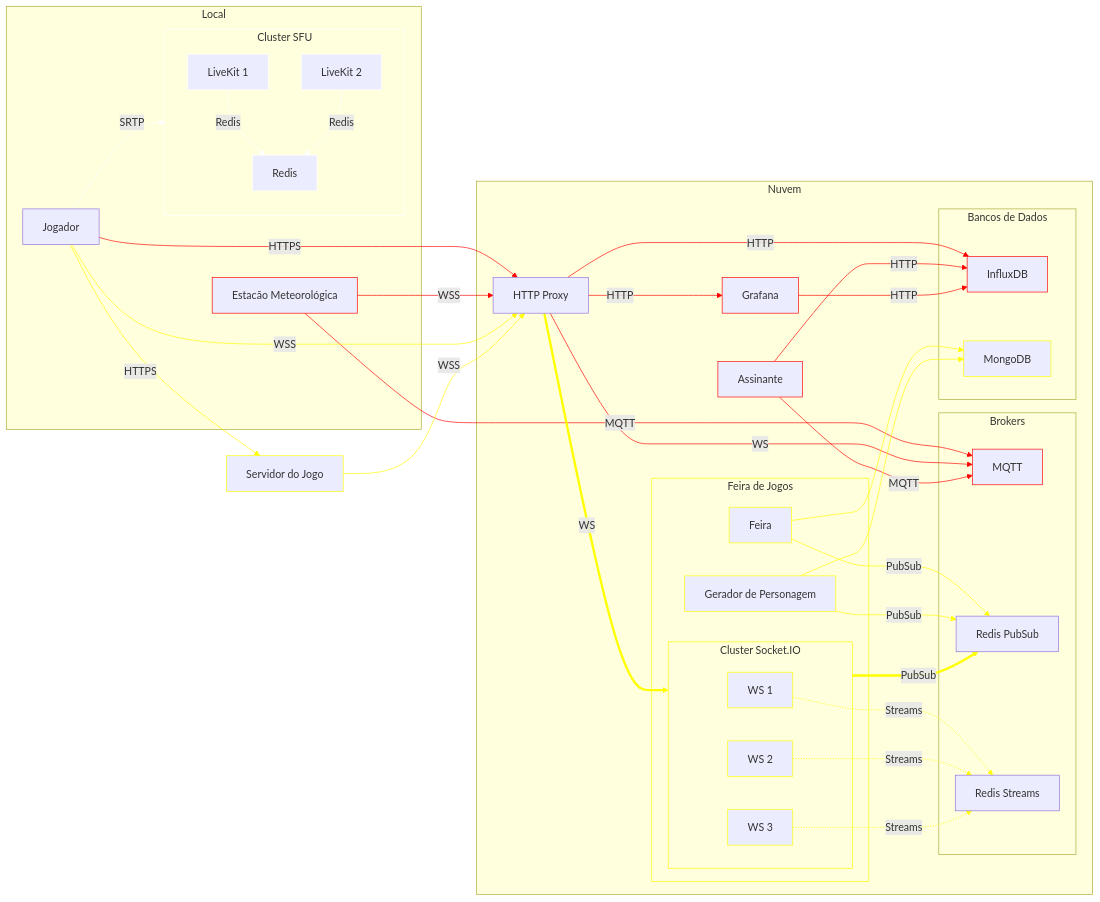
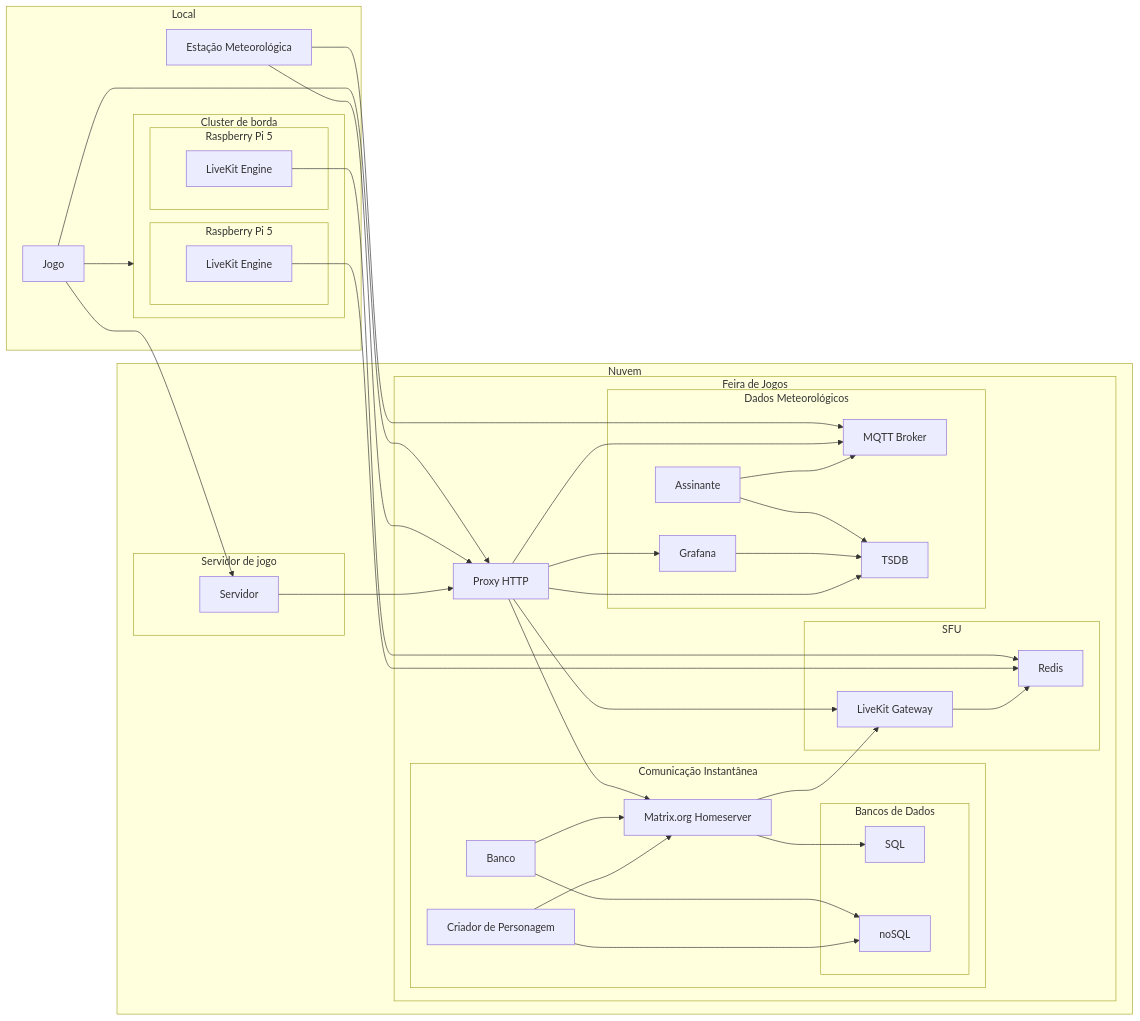
The diagram in docs/v3/README.md (feira-de-jogos/feira-de-jogos), drawn with Mermaid before and after one commit. The commit also changed other lines of this file, not shown here.

Commit message:
Rever arquitetura da solução Fixes #77

````diff
--- a/docs/v3/README.md
+++ b/docs/v3/README.md
@@ -44,111 +45,83 @@
 ```mermaid
 flowchart LR
+    subgraph Local
+        jogo[Jogo]
 
-  subgraph Local
-    em[Estacão Meteorológica]
+        subgraph clusterRPi[Cluster de borda]
+            subgraph rpi1[Raspberry Pi 5]
+                livekitEngine1[LiveKit Engine]
+            end
+            subgraph rpi2[Raspberry Pi 5]
+                livekitEngine2[LiveKit Engine]
+            end
+        end
+    
+        em[Estação Meteorológica]
+    end
+    
+    subgraph nuvem[Nuvem]
+        subgraph feira[Feira de Jogos]
+            proxy[Proxy HTTP]
 
-    jogador[Jogador]
-    style em stroke:red
+            subgraph matrix[Comunicação Instantânea]
+                homeserver[Matrix.org Homeserver]
+                
+                banco[Banco]
+                personagem[Criador de Personagem]
 
-    subgraph clusterSFU[Cluster SFU]
-      style clusterSFU stroke:white
+                subgraph matrixBDs[Bancos de Dados]
+                    postgresql[SQL]
+                    mongo[noSQL]
+                end
+            end
 
-      livekit1[LiveKit 1]
-      style livekit1 stroke:white
+            subgraph sfu[SFU]
+                livekitGateway[LiveKit Gateway]
+                redis[Redis]
+            end
 
-      livekit2[LiveKit 2]
-      style livekit2 stroke:white
+            subgraph dadosMeteorologicos[Dados Meteorológicos]
+                mqtt[MQTT Broker]
+                tsdb[TSDB]
+                grafana[Grafana]
+                assinante[Assinante]
+            end
+        
+        end
 
-      redis[Redis]
-      style redis stroke:white
+        subgraph servidorJogo[Servidor de jogo]
+            servidor[Servidor]
+        end
     end
-  end
+    
+    jogo --> proxy
+    
+    jogo --> clusterRPi
 
-  subgraph clusterNuvem[Nuvem]
-    httpProxy[HTTP Proxy]
-    
-    assinante[Assinante]
-    style assinante stroke:red
-    
-    grafana[Grafana]
-    style grafana stroke:red
-  
-    subgraph clusterFeira[Feira de Jogos]
-      style clusterFeira stroke:yellow
+    proxy --> homeserver
+    homeserver --> postgresql
 
-      feira[Feira]
-      style feira stroke:yellow
+    banco --> homeserver
+    banco --> mongo
 
-      personagem[Gerador de Personagem]
-      style personagem stroke:yellow
+    personagem --> homeserver
+    personagem --> mongo
 
-      subgraph ws[Cluster Socket.IO]
-        style ws stroke:yellow
+    proxy --> livekitGateway
+    homeserver --> livekitGateway
+    livekitEngine1 --> redis
+    livekitEngine2 --> redis
+    livekitGateway --> redis
 
-        ws1[WS 1]
-        style ws1 stroke:yellow
+    em --> mqtt
+    em --> proxy
+    proxy --> mqtt
+    assinante --> mqtt
+    assinante --> tsdb
+    proxy --> grafana
+    grafana --> tsdb
+    proxy --> tsdb
 
-        ws2[WS 2]
-        style ws2 stroke:yellow
-
-        ws3[WS 3]
-        style ws3 stroke:yellow
-      end
-    end
-
-    subgraph clusterBrokers[Brokers]
-      mqtt[MQTT]
-      style mqtt stroke:red
-      
-      redisPubSub[Redis PubSub]
-      redisStreams[Redis Streams]
-    end
-
-    subgraph clusterBDs[Bancos de Dados]
-      influx[InfluxDB]
-      style influx stroke:red
-
-      mongo[MongoDB]
-      style mongo stroke:yellow
-    end
-  end
-
-  jogo[Servidor do Jogo]
-  style jogo stroke:yellow
-
-  jogador --> |HTTPS| httpProxy
-  em --> |MQTT| mqtt
-  em --> |WSS| httpProxy
-  httpProxy --> |WS| mqtt
-  httpProxy --> |HTTP| influx
-  httpProxy --> |HTTP| grafana
-  assinante --> |MQTT| mqtt
-  assinante --> |HTTP| influx
-  grafana --> |HTTP| influx
-
-  linkStyle 0,1,2,3,4,5,6,7,8 stroke:red
- 
-  jogador --> |WSS| httpProxy
-  httpProxy ==> |WS| ws
-  ws ==> |PubSub| redisPubSub
-  feira --> |PubSub| redisPubSub
-  personagem --> |PubSub| redisPubSub
-  ws1 -.-> |Streams| redisStreams
-  ws2 -.-> |Streams| redisStreams
-  ws3 -.-> |Streams| redisStreams
-  feira --> mongo
-  personagem --> mongo
-
-  linkStyle 9,10,11,12,13,14,15,16,17,18 stroke:yellow
-
-  jogador --> |SRTP| clusterSFU
-  livekit1 --> |Redis| redis
-  livekit2 --> |Redis| redis
-
-  linkStyle 19,20,21 stroke:white
-
-  jogador --> |HTTPS| jogo
-  jogo --> |WSS| httpProxy
-
-  linkStyle 22,23 stroke:yellow
+    jogo --> servidor
+    servidor --> proxy
 ```
````
